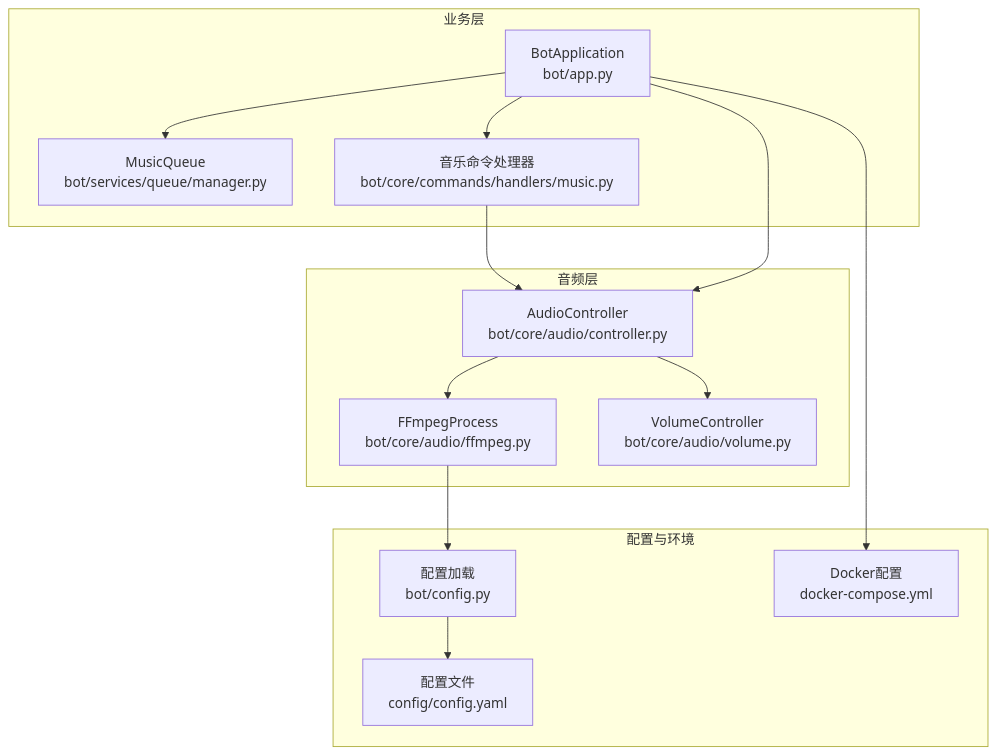
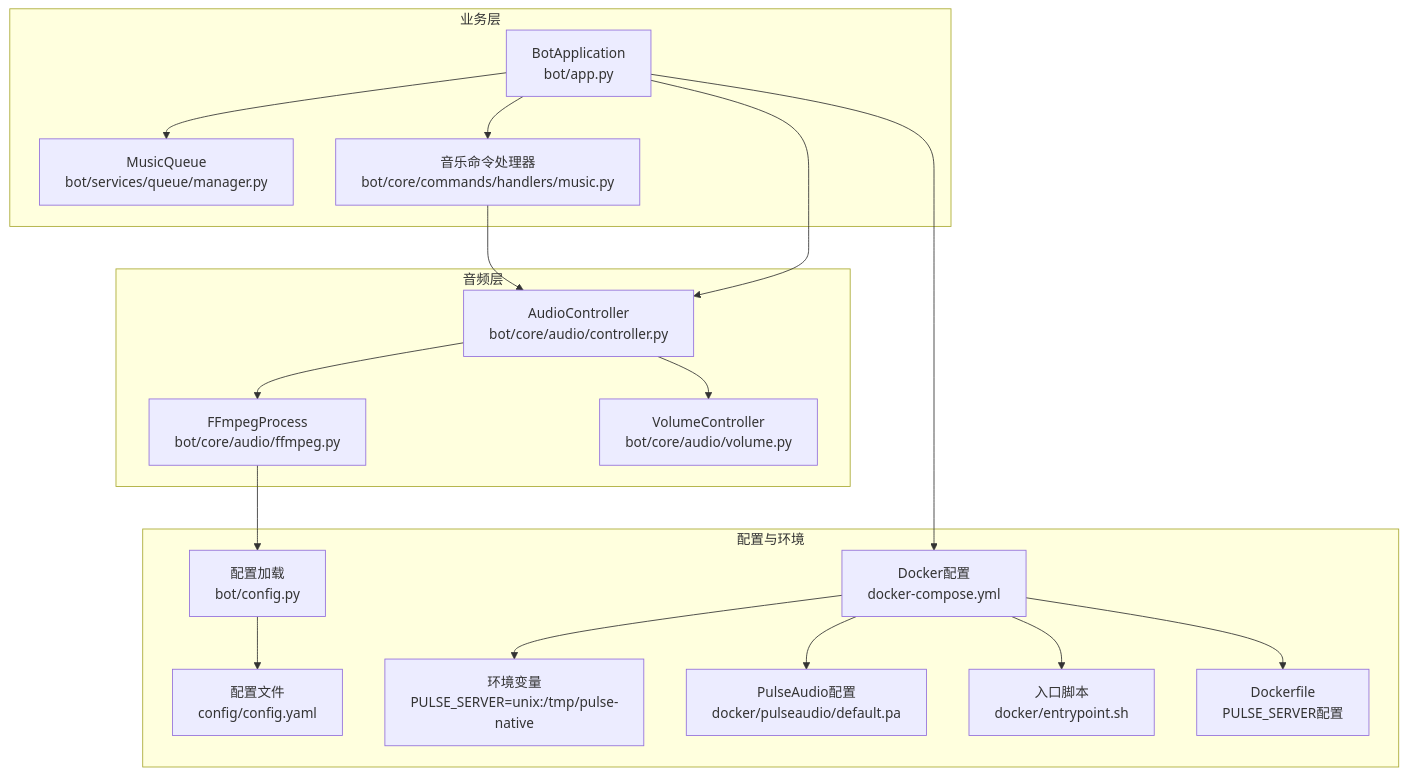
The first of 7 diagrams in .qoder/repowiki/zh/content/音乐播放系统/FFmpeg集成.md (GhoulOwl/Teamspeak3_Bot), drawn with Mermaid before and after one commit. The commit also changed other lines of this file and 4 other files, not shown here.

First line of the commit message:
refactor(docker): 完全移除Supervisor依赖并优化PulseAudio配置

````diff
--- a/.qoder/repowiki/zh/content/音乐播放系统/FFmpeg集成.md
+++ b/.qoder/repowiki/zh/content/音乐播放系统/FFmpeg集成.md
@@ -50,27 +54,35 @@
 ```mermaid
 graph TB
 subgraph "音频层"
 FF["FFmpegProcess<br/>bot/core/audio/ffmpeg.py"]
 AC["AudioController<br/>bot/core/audio/controller.py"]
 VC["VolumeController<br/>bot/core/audio/volume.py"]
 end
 subgraph "业务层"
 MQ["MusicQueue<br/>bot/services/queue/manager.py"]
 CMD["音乐命令处理器<br/>bot/core/commands/handlers/music.py"]
 APP["BotApplication<br/>bot/app.py"]
 end
 subgraph "配置与环境"
 CFG["配置加载<br/>bot/config.py"]
 YAML["配置文件<br/>config/config.yaml"]
 DC["Docker配置<br/>docker-compose.yml"]
+ENV["环境变量<br/>PULSE_SERVER=unix:/tmp/pulse-native"]
+PA["PulseAudio配置<br/>docker/pulseaudio/default.pa"]
+END["入口脚本<br/>docker/entrypoint.sh"]
+DF["Dockerfile<br/>PULSE_SERVER配置"]
 end
 CMD --> AC
 AC --> FF
 AC --> VC
 APP --> AC
 APP --> MQ
 APP --> CMD
 FF --> CFG
 CFG --> YAML
 APP --> DC
+DC --> ENV
+DC --> PA
+DC --> END
+DC --> DF
 ```
````
